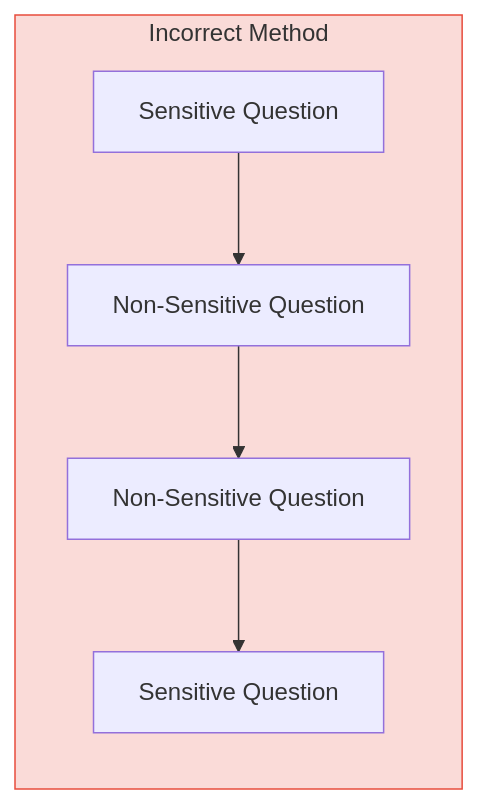
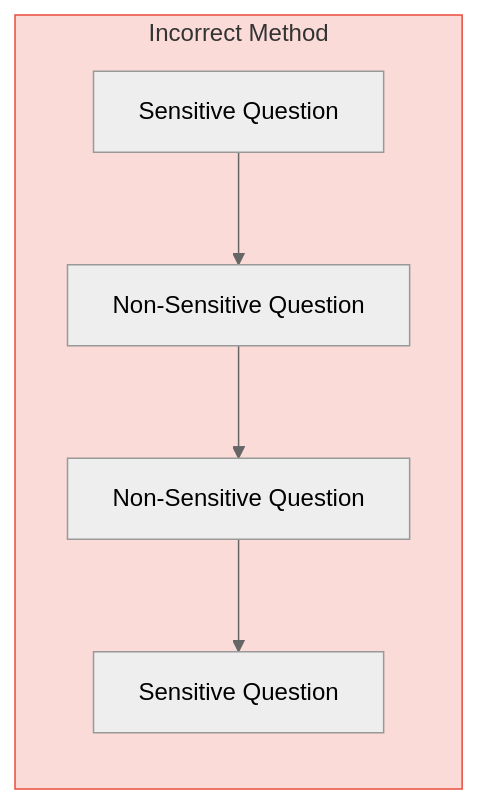
The third of 4 diagrams in guide.qmd (unl-statistics/annual-review-user-guide-Kyle-OConnor-19), drawn with Mermaid before and after one commit. The commit also changed other lines of this file and 5 other files, not shown here.

````diff
--- a/guide.qmd
+++ b/guide.qmd
@@ -186,10 +188,11 @@
 ```{mermaid}
+%%{init: {'theme': 'neutral'}}%%
 flowchart TB
   subgraph Track2[Incorrect Method]
     direction TB
     A2["Sensitive Question"] --> B2["Non-Sensitive Question"]
     B2["Non-Sensitive Question"] --> C2["Non-Sensitive Question"]
     C2["Non-Sensitive Question"] --> D2["Sensitive Question"]
   end
   style Track2 fill:#fadbd8,stroke:#e74c3c
 ```
````
